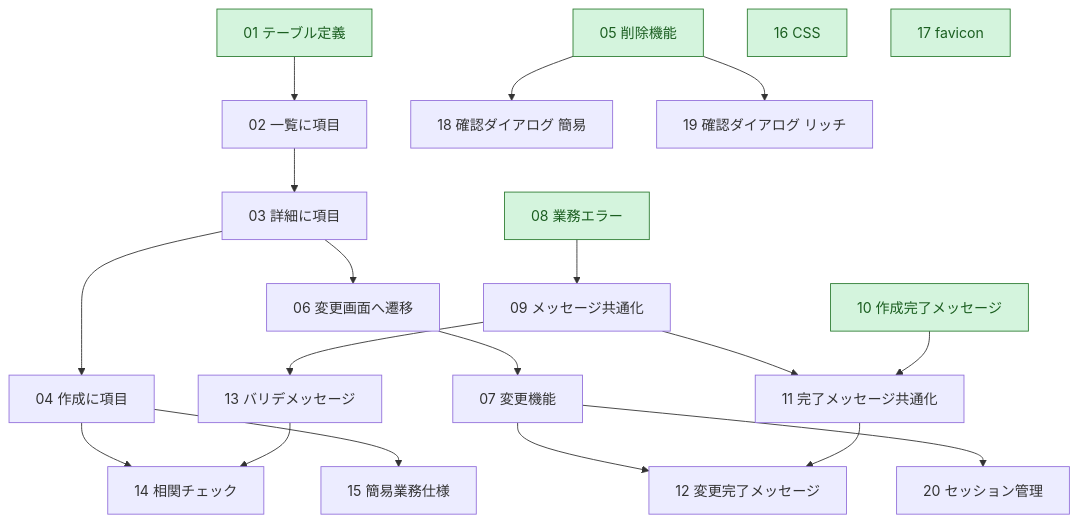
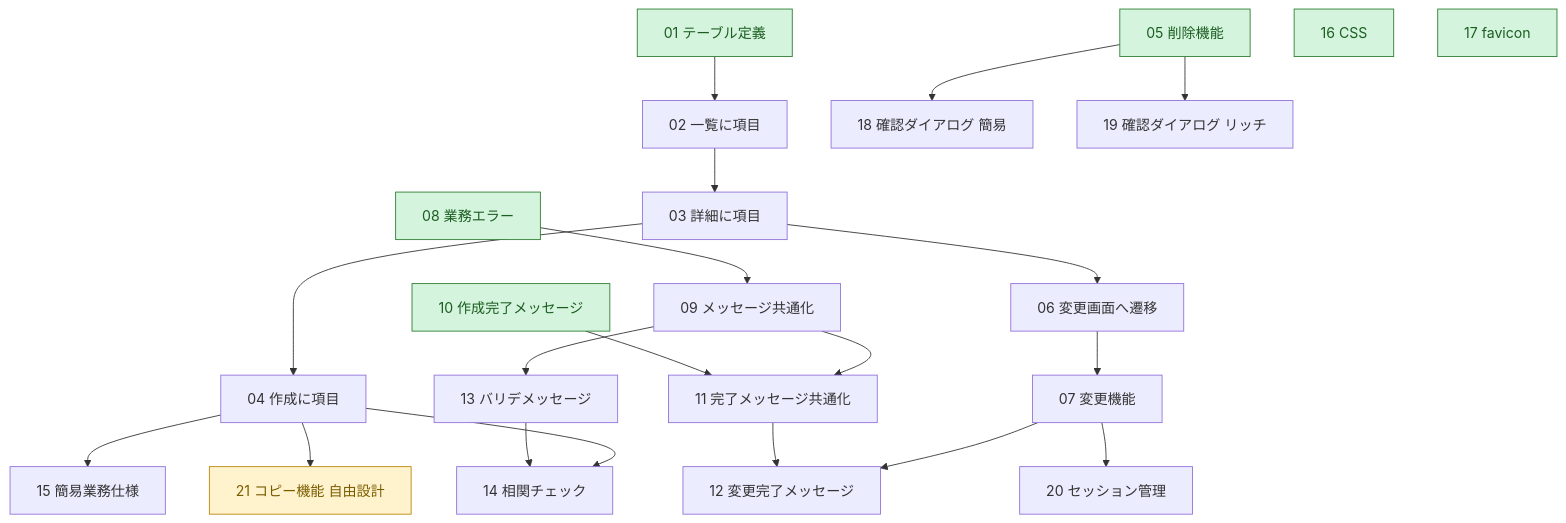
The diagram in docs/exercises/README.md (ITSVAPP/itsads), drawn with Mermaid before and after one commit. The commit also changed other lines of this file and 4 other files, not shown here.

````diff
--- a/docs/exercises/README.md
+++ b/docs/exercises/README.md
@@ -39,27 +40,30 @@
 ```mermaid
 flowchart TD
     classDef start fill:#d4f4dd,stroke:#2e7d32,color:#1b5e20;
 
     E01[01 テーブル定義]:::start --> E02[02 一覧に項目]
     E02 --> E03[03 詳細に項目]
     E03 --> E04[04 作成に項目]
     E03 --> E06[06 変更画面へ遷移]
     E06 --> E07[07 変更機能]
     E04 --> E14[14 相関チェック]
     E04 --> E15[15 簡易業務仕様]
     E07 --> E12[12 変更完了メッセージ]
     E07 --> E20[20 セッション管理]
 
     E05[05 削除機能]:::start --> E18[18 確認ダイアログ 簡易]
     E05 --> E19[19 確認ダイアログ リッチ]
 
     E08[08 業務エラー]:::start --> E09[09 メッセージ共通化]
     E09 --> E11[11 完了メッセージ共通化]
     E09 --> E13[13 バリデメッセージ]
     E10[10 作成完了メッセージ]:::start --> E11
     E13 --> E14
     E11 --> E12
 
     E16[16 CSS]:::start
     E17[17 favicon]:::start
+
+    classDef free fill:#fff3cd,stroke:#b8860b,color:#7a5c00;
+    E04 --> E21[21 コピー機能 自由設計]:::free
 ```
````
